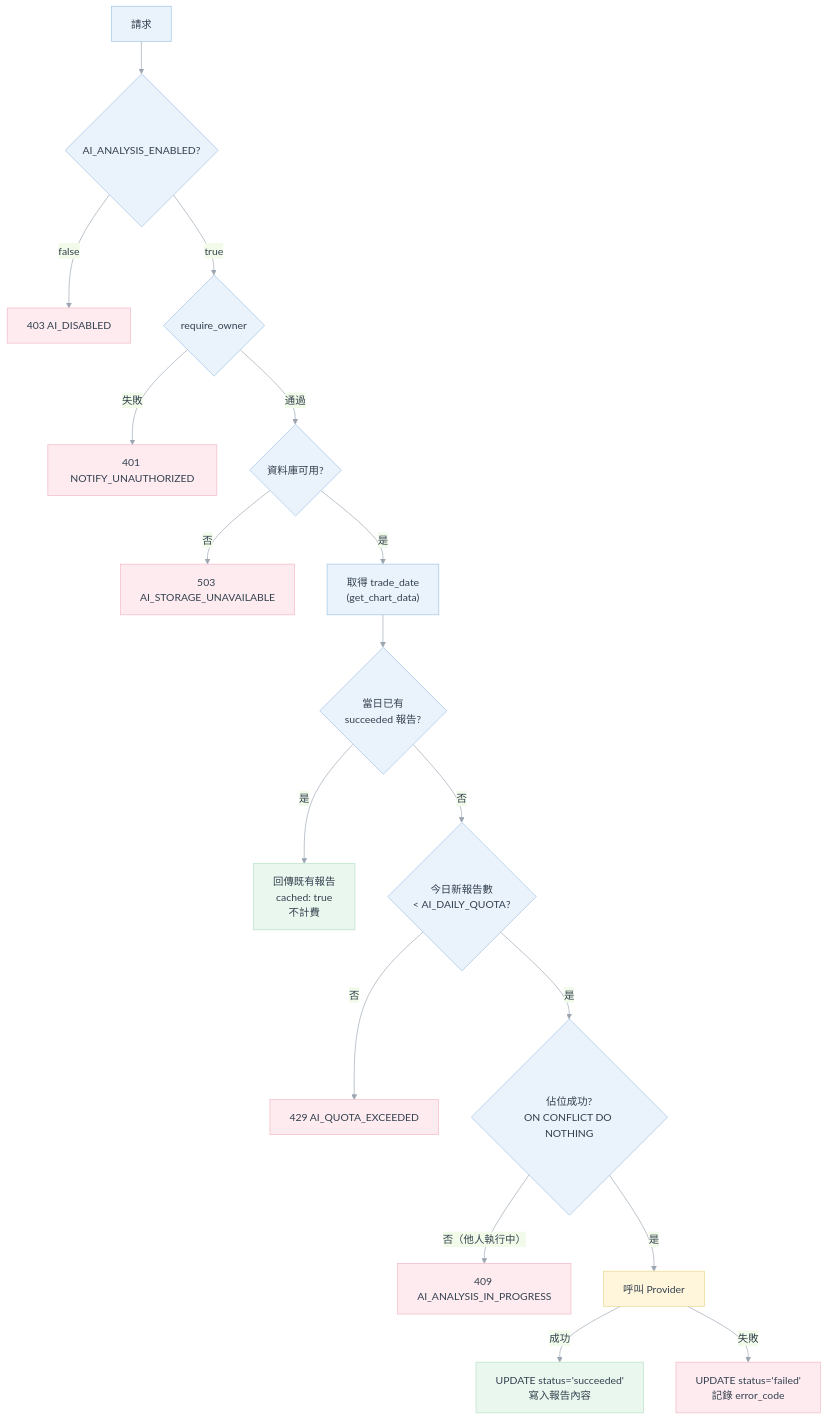
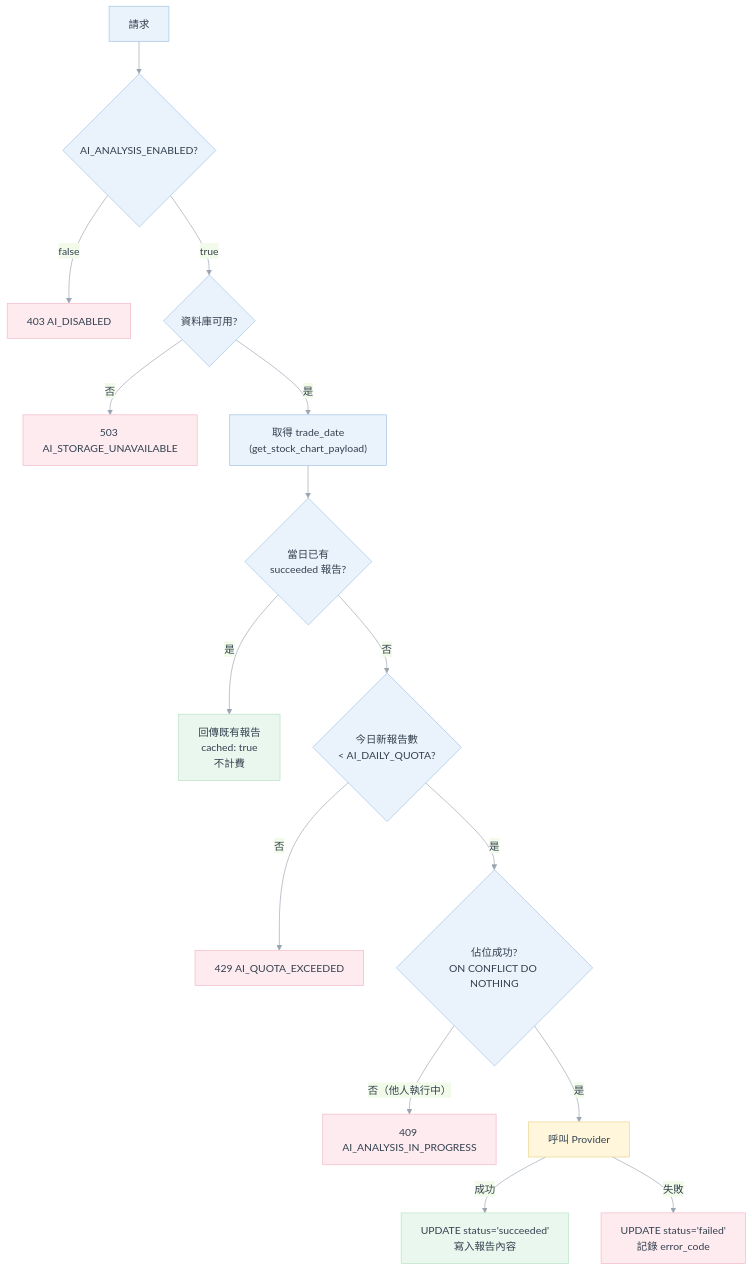
One commit to jacksonlee-tw/mystock-vue changed the second of 5 diagrams in mystock-vue/docs/16.AI技術分析/AI技術分析規劃.md. Above: the diagram before and after it, drawn with Mermaid. The commit also changed other lines of this file and 33 other files, not shown here.

````diff
--- a/mystock-vue/docs/16.AI技術分析/AI技術分析規劃.md
+++ b/mystock-vue/docs/16.AI技術分析/AI技術分析規劃.md
@@ -467,41 +532,38 @@
 ```mermaid
 %%{init: {
   "theme": "base",
   "themeVariables": {
     "background": "#ffffff",
     "primaryColor": "#EAF2FB",
     "primaryBorderColor": "#9EC2E6",
     "primaryTextColor": "#33414F",
     "lineColor": "#9AA5B1",
     "textColor": "#33414F",
     "fontFamily": "Segoe UI, sans-serif"
   }
 }}%%
 flowchart TD
     R["請求"] --> G0{"AI_ANALYSIS_ENABLED?"}
     G0 -->|false| E0["403 AI_DISABLED"]
-    G0 -->|true| G1{"require_owner"}
-    G1 -->|失敗| E1["401 NOTIFY_UNAUTHORIZED"]
-    G1 -->|通過| G2{"資料庫可用?"}
+    G0 -->|true| G2{"資料庫可用?"}
     G2 -->|否| E2["503 AI_STORAGE_UNAVAILABLE"]
-    G2 -->|是| SUM["取得 trade_date<br/>(get_chart_data)"]
+    G2 -->|是| SUM["取得 trade_date<br/>(get_stock_chart_payload)"]
     SUM --> G3{"當日已有<br/>succeeded 報告?"}
     G3 -->|是| C["回傳既有報告<br/>cached: true<br/>不計費"]
     G3 -->|否| G4{"今日新報告數<br/>< AI_DAILY_QUOTA?"}
     G4 -->|否| E4["429 AI_QUOTA_EXCEEDED"]
     G4 -->|是| G5{"佔位成功?<br/>ON CONFLICT DO NOTHING"}
     G5 -->|"否（他人執行中）"| E5["409 AI_ANALYSIS_IN_PROGRESS"]
     G5 -->|是| LLM["呼叫 Provider"]
     LLM -->|成功| W["UPDATE status='succeeded'<br/>寫入報告內容"]
     LLM -->|失敗| F["UPDATE status='failed'<br/>記錄 error_code"]
 
     style E0 fill:#FDEBEF,stroke:#F3B6C4
-    style E1 fill:#FDEBEF,stroke:#F3B6C4
     style E2 fill:#FDEBEF,stroke:#F3B6C4
     style E4 fill:#FDEBEF,stroke:#F3B6C4
     style E5 fill:#FDEBEF,stroke:#F3B6C4
     style F fill:#FDEBEF,stroke:#F3B6C4
     style C fill:#EAF7EE,stroke:#B7E0C4
     style W fill:#EAF7EE,stroke:#B7E0C4
     style LLM fill:#FFF6DC,stroke:#E8D48B
 ```
````
